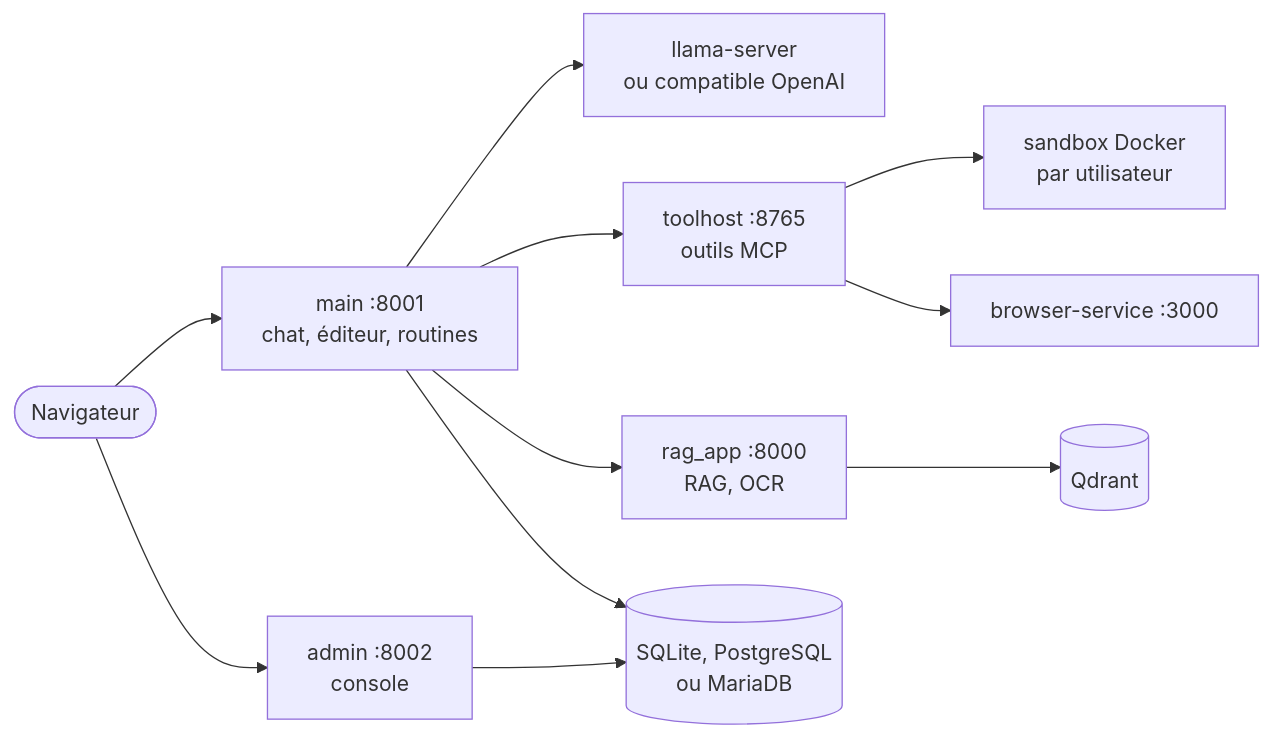
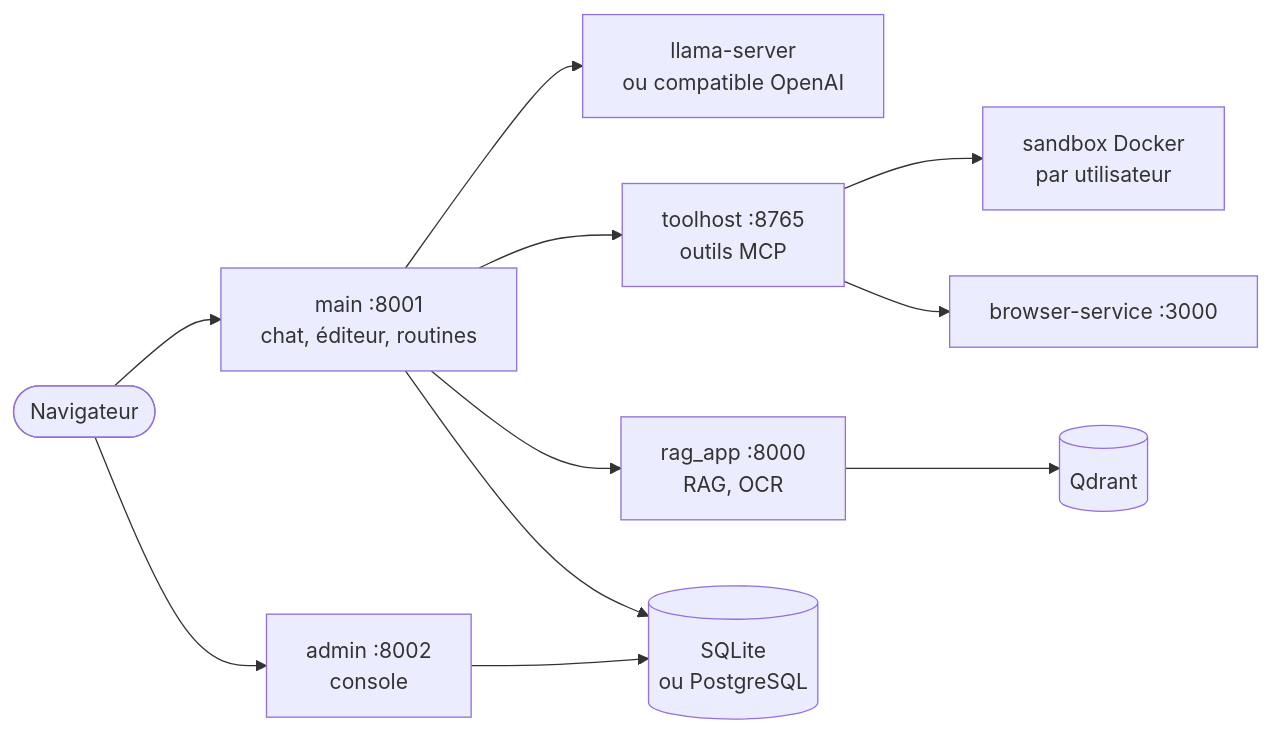
Before and after one commit to toto-fou/Elpis: the diagram in README.md, drawn with Mermaid. The commit also changed other lines of this file and 2475 other files, not shown here.

````diff
--- a/README.md
+++ b/README.md
@@ -46,13 +47,13 @@
 ```mermaid
 flowchart LR
     nav([Navigateur]) --> main["main :8001<br/>chat, éditeur, routines"]
     nav --> admin["admin :8002<br/>console"]
     main --> llm["llama-server<br/>ou compatible OpenAI"]
     main --> toolhost["toolhost :8765<br/>outils MCP"]
     main --> rag["rag_app :8000<br/>RAG, OCR"]
     rag --> qdrant[("Qdrant")]
     toolhost --> sandbox["sandbox Docker<br/>par utilisateur"]
     toolhost --> browser["browser-service :3000"]
-    main --> db[("SQLite, PostgreSQL<br/>ou MariaDB")]
+    main --> db[("SQLite<br/>ou PostgreSQL")]
     admin --> db
 ```
````
